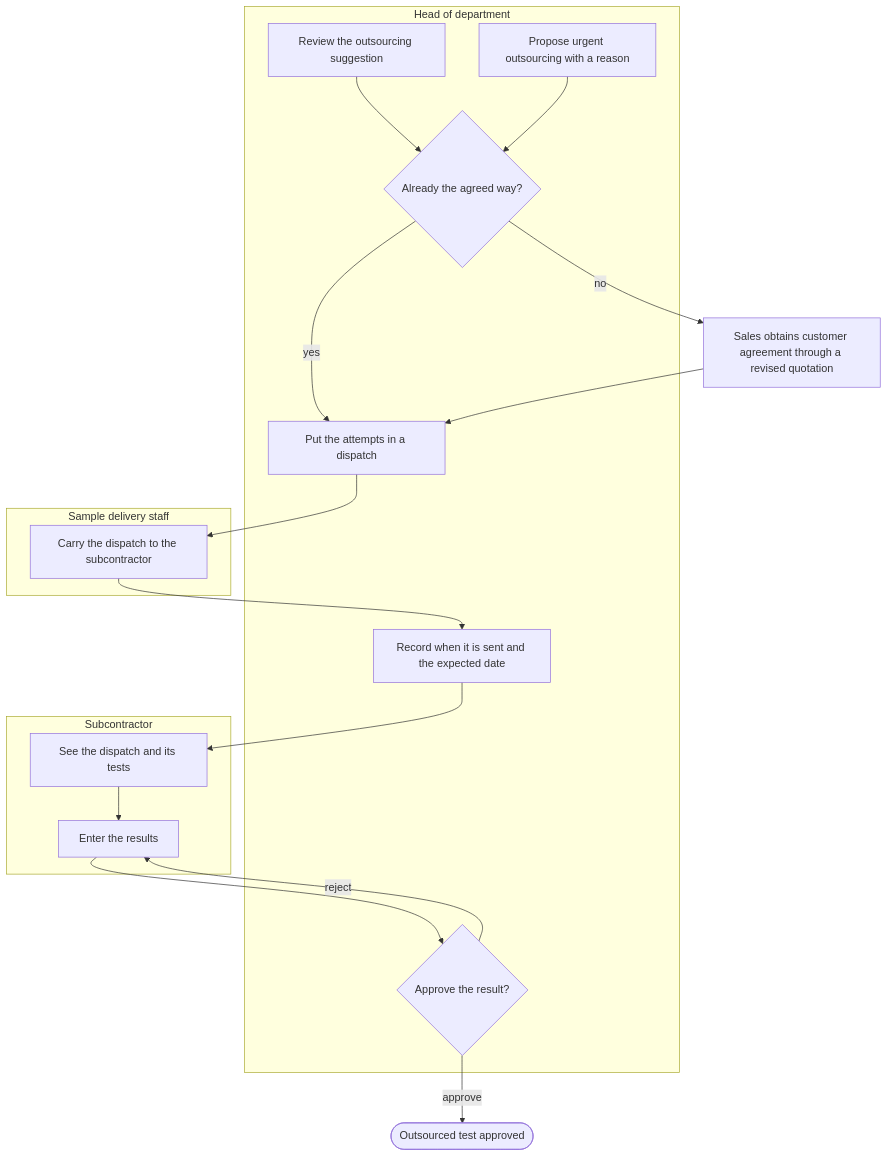
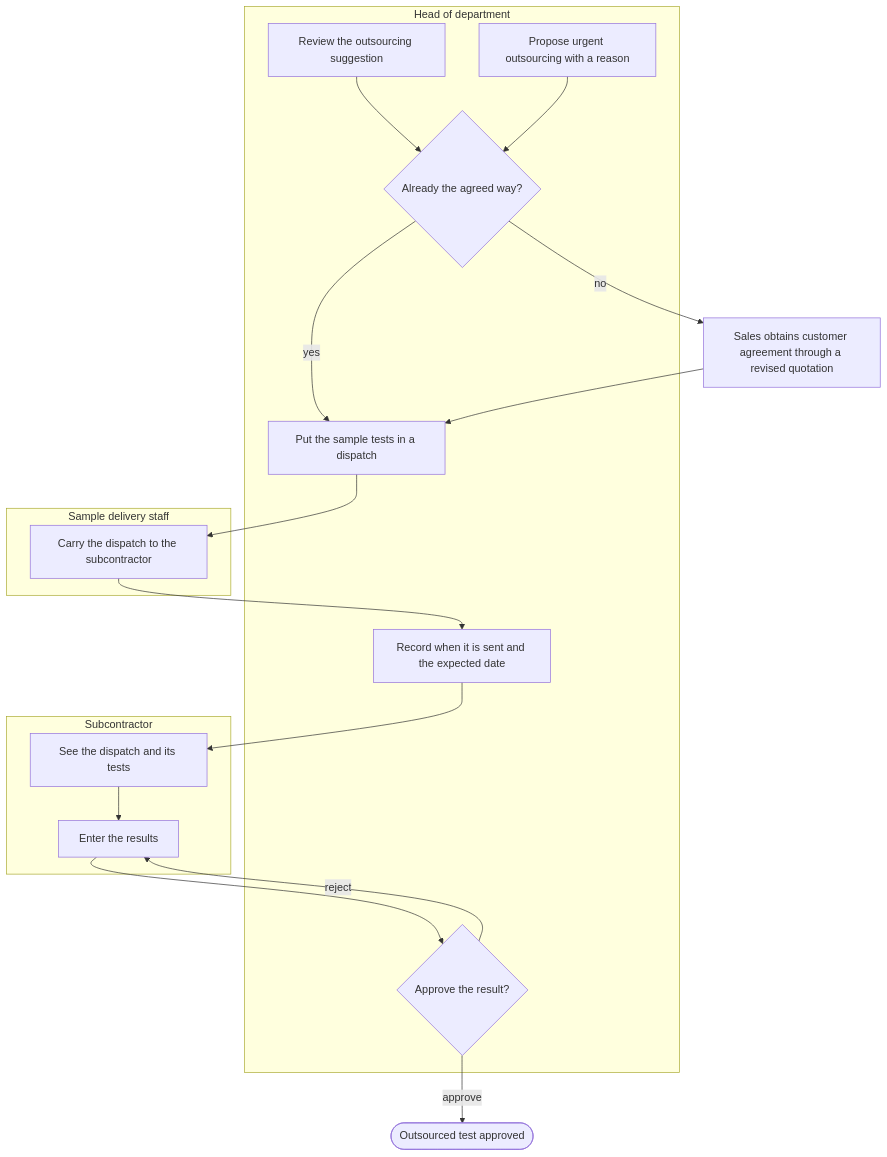
One commit to SoltuneMontepre/medilab changed the fifth of 17 diagrams in docs/functional/business-flows.md. Above: the diagram before and after it, drawn with Mermaid. The commit also changed other lines of this file and 27 other files, not shown here.

````diff
--- a/docs/functional/business-flows.md
+++ b/docs/functional/business-flows.md
@@ -243,22 +236,22 @@
 ```mermaid
 flowchart TD
     subgraph lane12 ["Head of department"]
         h1[Review the outsourcing suggestion] --> agreed{Already the agreed way?}
         h0[Propose urgent outsourcing with a reason] --> agreed
-        h2[Put the attempts in a dispatch]
+        h2[Put the sample tests in a dispatch]
         h3[Record when it is sent and the expected date]
         h4{Approve the result?}
     end
     subgraph lane13 ["Sample delivery staff"]
         d1[Carry the dispatch to the subcontractor]
     end
     subgraph lane14 ["Subcontractor"]
         s1[See the dispatch and its tests] --> s2[Enter the results]
     end
     agreed -->|yes| h2
     agreed -->|no| revise[Sales obtains customer agreement through a revised quotation] --> h2
     h2 --> d1 --> h3 --> s1
     s2 --> h4
     h4 -->|reject| s2
     h4 -->|approve| done([Outsourced test approved])
 ```
````
